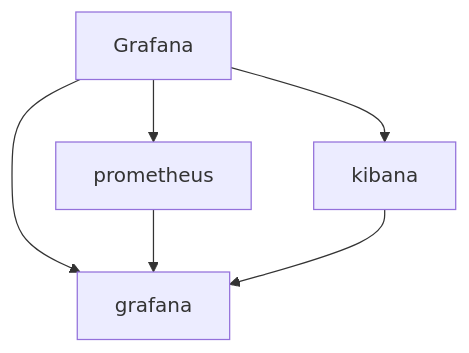
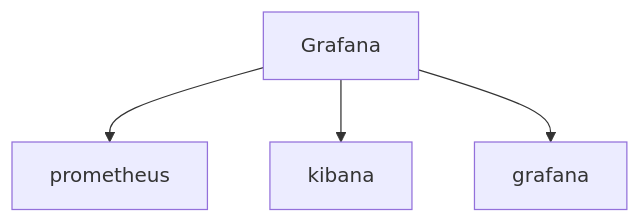
One commit to BenceGyurus/Homelab changed the diagram in diagrams/grafana.mmd. Above: the diagram before and after it, drawn with Mermaid.

Commit message:
prometheus diagram

```diff
--- a/diagrams/grafana.mmd
+++ b/diagrams/grafana.mmd
@@ -1,6 +1,4 @@
 graph TD;
 Grafana-->prometheus;
 Grafana-->kibana;
 Grafana-->grafana;
-prometheus-->grafana;
-kibana-->grafana;
```
